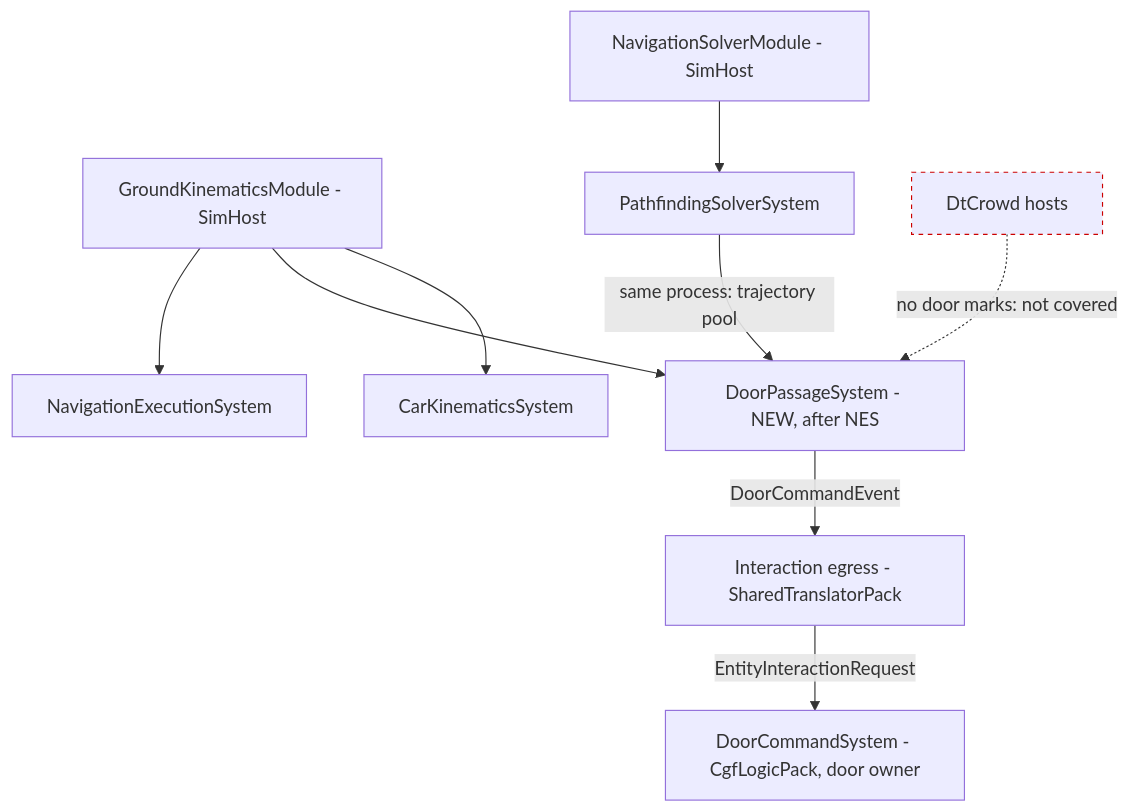
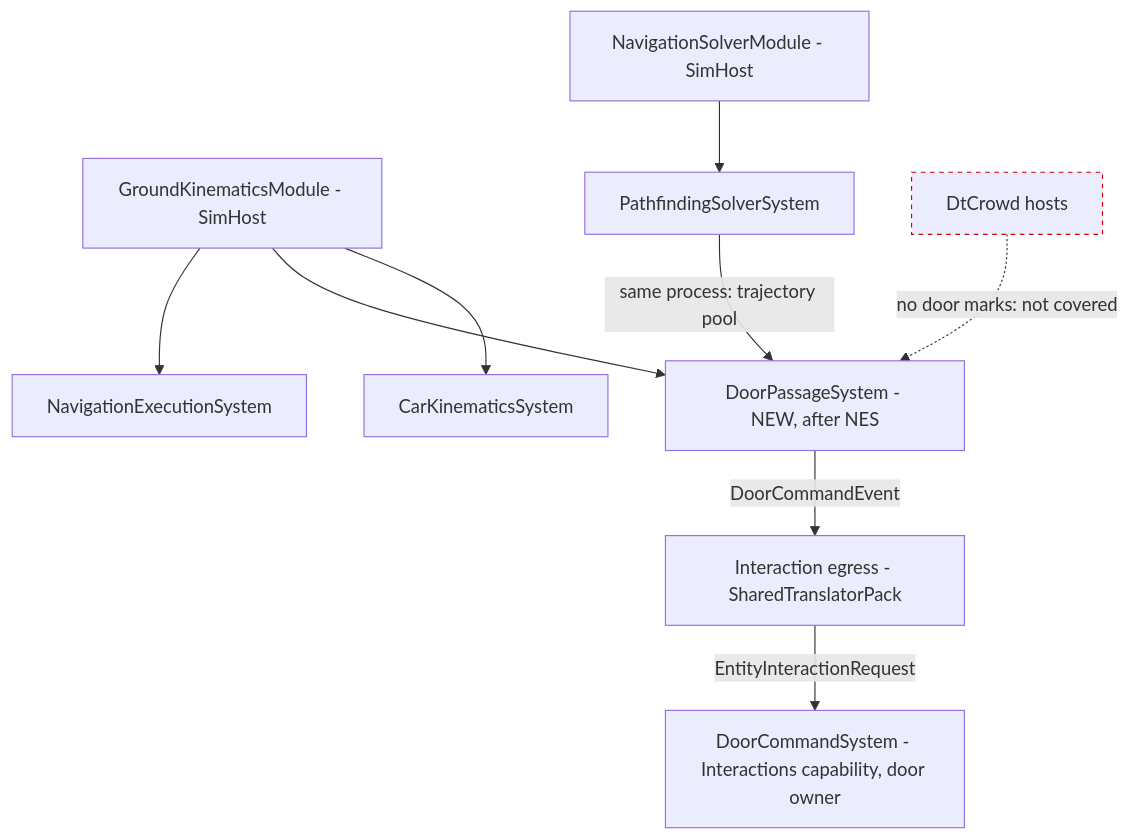
Diagram 22 of 34 in docs/DESIGN_Building_Interiors.md (pjanec/HROT), drawn with Mermaid before and after one commit. The commit also changed other lines of this file and 16 other files, not shown here.

````diff
--- a/docs/DESIGN_Building_Interiors.md
+++ b/docs/DESIGN_Building_Interiors.md
@@ -926,12 +932,12 @@
 ```mermaid
 graph TD
     GKM[GroundKinematicsModule - SimHost] --> NES[NavigationExecutionSystem]
     GKM --> DPS[DoorPassageSystem - NEW, after NES]
     GKM --> CKS[CarKinematicsSystem]
     NSM[NavigationSolverModule - SimHost] --> PSS[PathfindingSolverSystem]
     PSS -->|same process: trajectory pool| DPS
     DPS -->|DoorCommandEvent| EG[Interaction egress - SharedTranslatorPack]
-    EG -->|EntityInteractionRequest| DCS[DoorCommandSystem - CgfLogicPack, door owner]
+    EG -->|EntityInteractionRequest| DCS[DoorCommandSystem - Interactions capability, door owner]
     CREP[DtCrowd hosts]:::dead -.->|no door marks: not covered| DPS
     classDef dead stroke:#c00,stroke-dasharray:4
 ```
````
